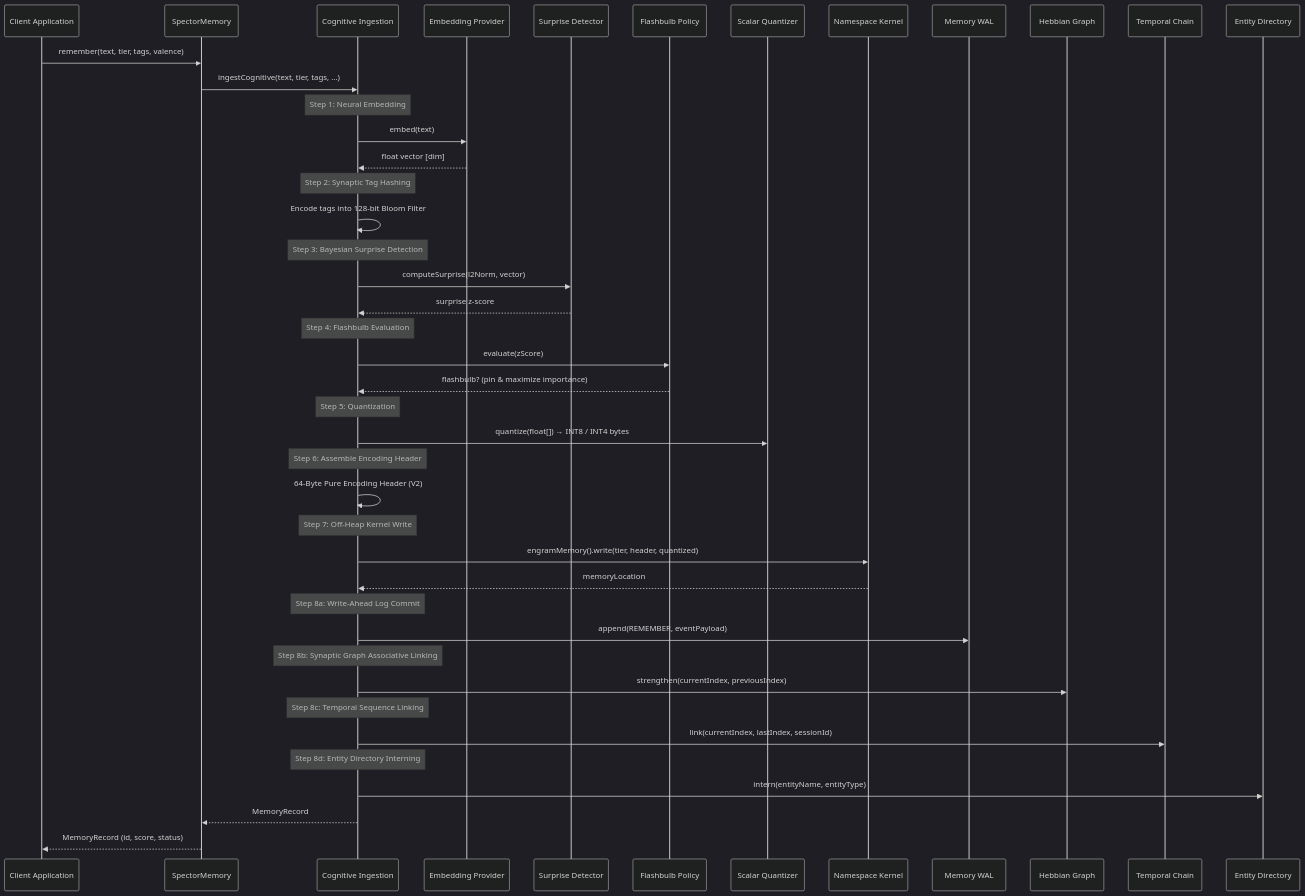
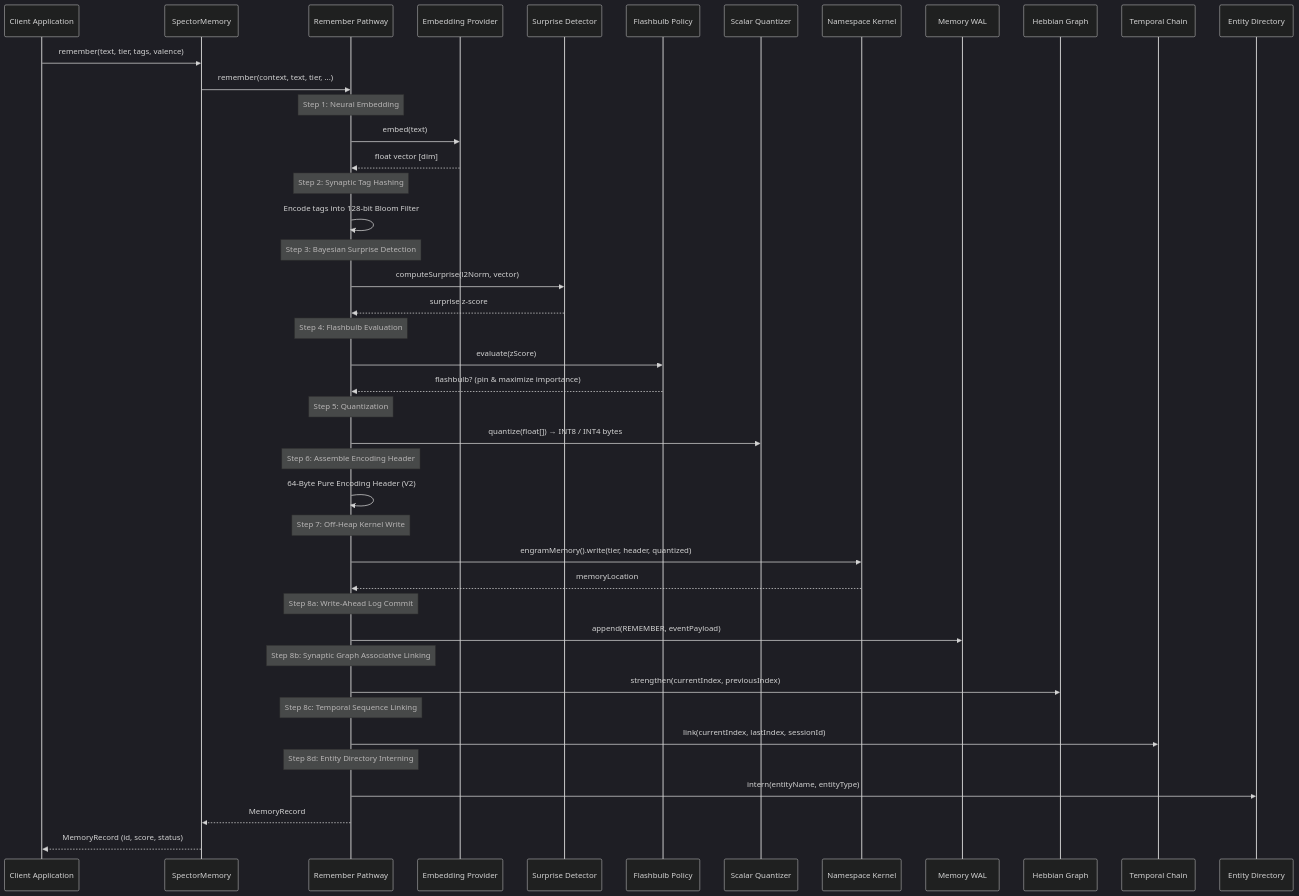
Before and after one commit to spectrayan/spector: the second of 3 diagrams in docs/docs/memory/architecture.md, drawn with Mermaid (dark theme). The commit also changed other lines of this file and 23 other files, not shown here.

First line of the commit message:
docs(memory): update terminology from ingestion and recall pipeline to cognitive pathways

````diff
--- a/docs/docs/memory/architecture.md
+++ b/docs/docs/memory/architecture.md
@@ -63,58 +63,58 @@
 ```mermaid
 sequenceDiagram
     participant App as Client Application
     participant SM as SpectorMemory
-    participant CT as Cognitive Ingestion
+    participant RP as Remember Pathway
     participant EP as Embedding Provider
     participant SD as Surprise Detector
     participant FP as Flashbulb Policy
     participant SQ as Scalar Quantizer
     participant NK as Namespace Kernel
     participant WAL as Memory WAL
     participant HG as Hebbian Graph
     participant TC as Temporal Chain
     participant ED as Entity Directory
 
     App->>SM: remember(text, tier, tags, valence)
-    SM->>CT: ingestCognitive(text, tier, tags, ...)
+    SM->>RP: remember(context, text, tier, ...)
     
-    Note over CT: Step 1: Neural Embedding
-    CT->>EP: embed(text)
-    EP-->>CT: float vector [dim]
+    Note over RP: Step 1: Neural Embedding
+    RP->>EP: embed(text)
+    EP-->>RP: float vector [dim]
     
-    Note over CT: Step 2: Synaptic Tag Hashing
-    CT->>CT: Encode tags into 128-bit Bloom Filter
+    Note over RP: Step 2: Synaptic Tag Hashing
+    RP->>RP: Encode tags into 128-bit Bloom Filter
     
-    Note over CT: Step 3: Bayesian Surprise Detection
-    CT->>SD: computeSurprise(l2Norm, vector)
-    SD-->>CT: surprise z-score
+    Note over RP: Step 3: Bayesian Surprise Detection
+    RP->>SD: computeSurprise(l2Norm, vector)
+    SD-->>RP: surprise z-score
     
-    Note over CT: Step 4: Flashbulb Evaluation
-    CT->>FP: evaluate(zScore)
-    FP-->>CT: flashbulb? (pin & maximize importance)
+    Note over RP: Step 4: Flashbulb Evaluation
+    RP->>FP: evaluate(zScore)
+    FP-->>RP: flashbulb? (pin & maximize importance)
     
-    Note over CT: Step 5: Quantization
-    CT->>SQ: quantize(float[]) → INT8 / INT4 bytes
+    Note over RP: Step 5: Quantization
+    RP->>SQ: quantize(float[]) → INT8 / INT4 bytes
     
-    Note over CT: Step 6: Assemble Encoding Header
-    CT->>CT: 64-Byte Pure Encoding Header (V2)
+    Note over RP: Step 6: Assemble Encoding Header
+    RP->>RP: 64-Byte Pure Encoding Header (V2)
     
-    Note over CT: Step 7: Off-Heap Kernel Write
-    CT->>NK: engramMemory().write(tier, header, quantized)
-    NK-->>CT: memoryLocation
+    Note over RP: Step 7: Off-Heap Kernel Write
+    RP->>NK: engramMemory().write(tier, header, quantized)
+    NK-->>RP: memoryLocation
     
-    Note over CT: Step 8a: Write-Ahead Log Commit
-    CT->>WAL: append(REMEMBER, eventPayload)
+    Note over RP: Step 8a: Write-Ahead Log Commit
+    RP->>WAL: append(REMEMBER, eventPayload)
     
-    Note over CT: Step 8b: Synaptic Graph Associative Linking
-    CT->>HG: strengthen(currentIndex, previousIndex)
+    Note over RP: Step 8b: Synaptic Graph Associative Linking
+    RP->>HG: strengthen(currentIndex, previousIndex)
     
-    Note over CT: Step 8c: Temporal Sequence Linking
-    CT->>TC: link(currentIndex, lastIndex, sessionId)
+    Note over RP: Step 8c: Temporal Sequence Linking
+    RP->>TC: link(currentIndex, lastIndex, sessionId)
     
-    Note over CT: Step 8d: Entity Directory Interning
-    CT->>ED: intern(entityName, entityType)
+    Note over RP: Step 8d: Entity Directory Interning
+    RP->>ED: intern(entityName, entityType)
     
-    CT-->>SM: MemoryRecord
+    RP-->>SM: MemoryRecord
     SM-->>App: MemoryRecord (id, score, status)
 ```
````
